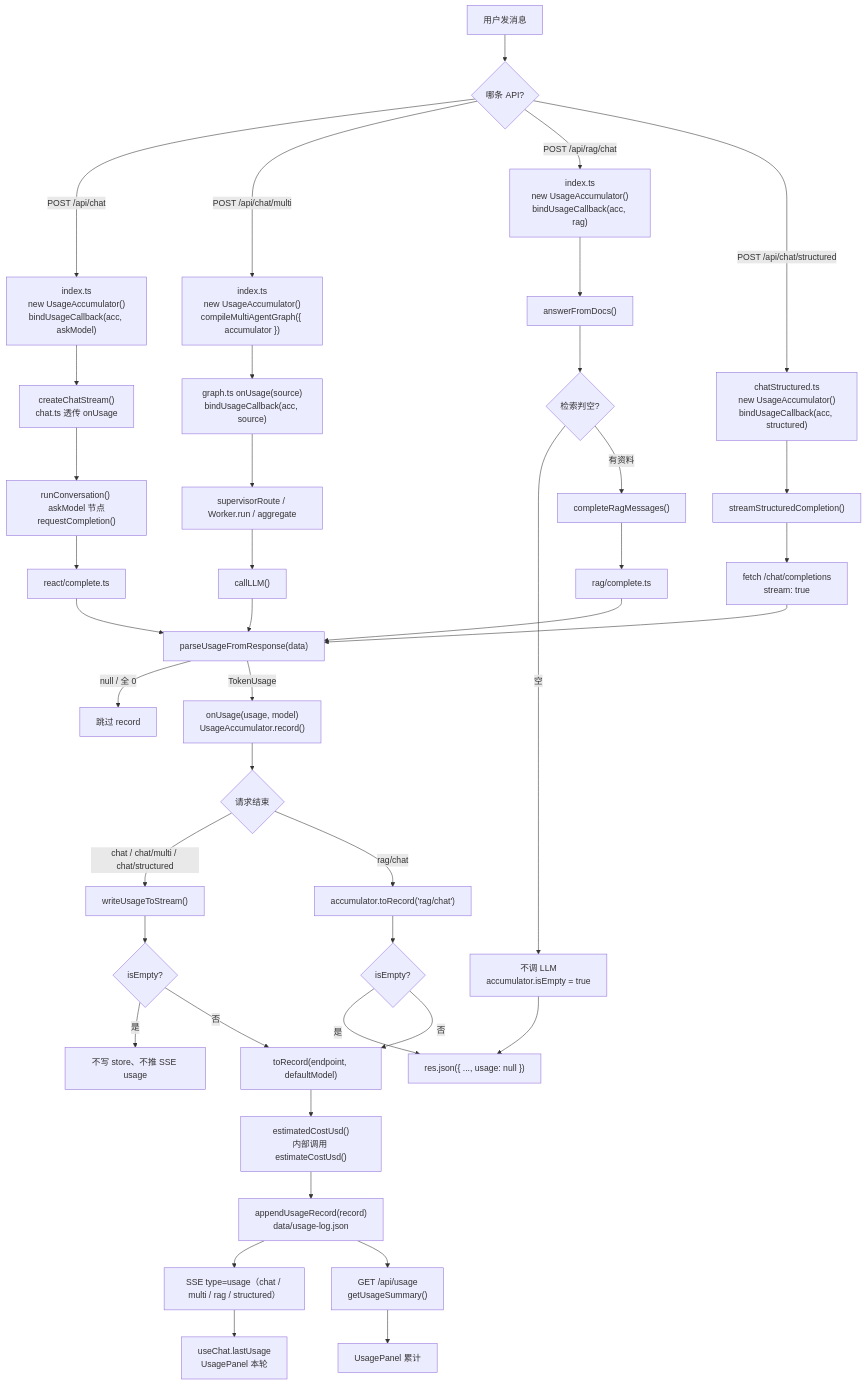
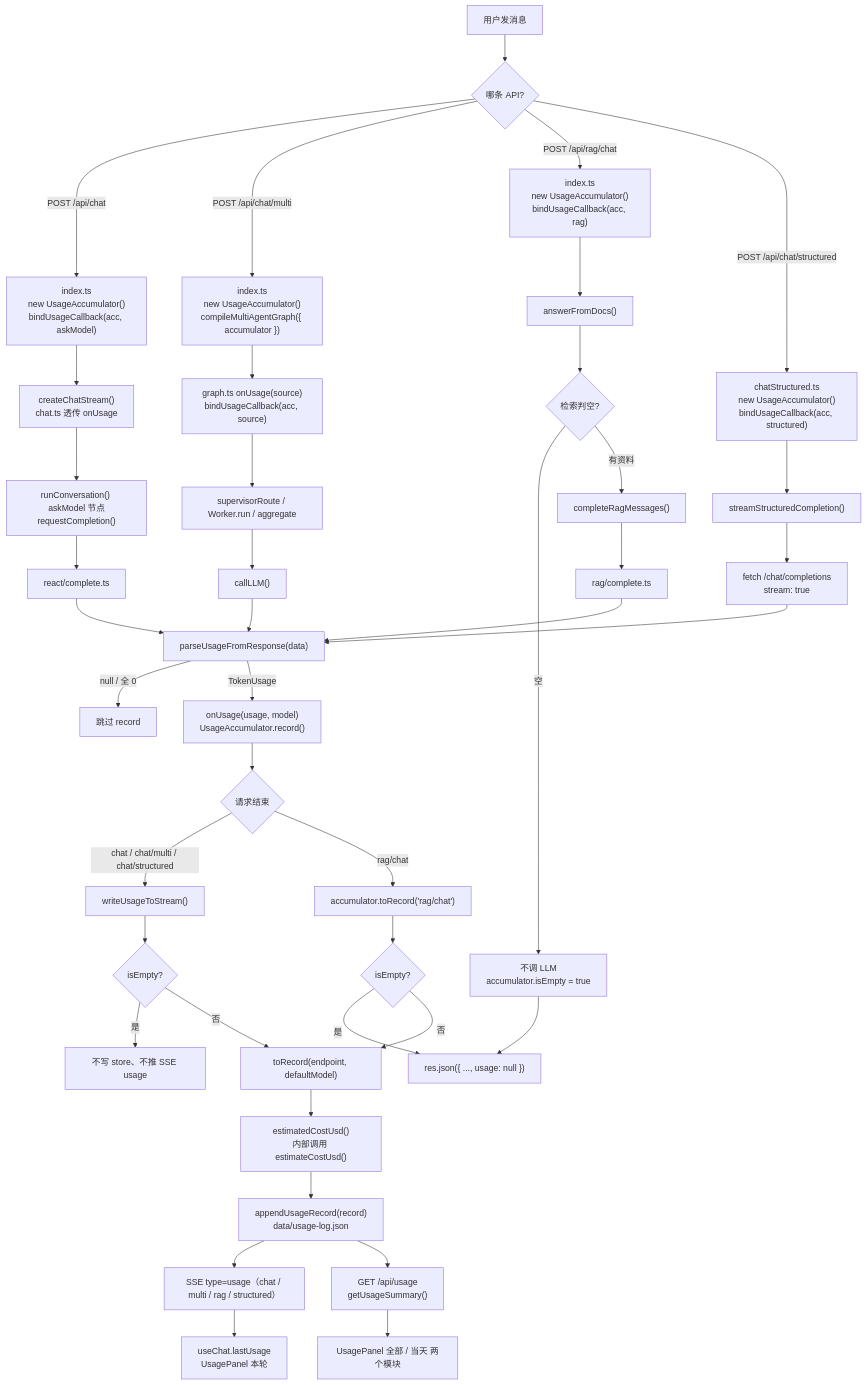
The first of 4 diagrams in step1-chat/server/usage/README.md (alminchen/study-agent), drawn with Mermaid before and after one commit. The commit also changed other lines of this file and 47 other files, not shown here.

````diff
--- a/step1-chat/server/usage/README.md
+++ b/step1-chat/server/usage/README.md
@@ -28,55 +40,55 @@
 ```mermaid
 flowchart TD
   U[用户发消息] --> E{哪条 API?}
 
   E -->|POST /api/chat| C["index.ts<br/>new UsageAccumulator()<br/>bindUsageCallback(acc, askModel)"]
   E -->|POST /api/chat/multi| M["index.ts<br/>new UsageAccumulator()<br/>compileMultiAgentGraph({ accumulator })"]
   E -->|POST /api/rag/chat| R["index.ts<br/>new UsageAccumulator()<br/>bindUsageCallback(acc, rag)"]
   E -->|POST /api/chat/structured| S["chatStructured.ts<br/>new UsageAccumulator()<br/>bindUsageCallback(acc, structured)"]
 
   C --> C1["createChatStream()<br/>chat.ts 透传 onUsage"]
   C1 --> C2["runConversation() askModel 节点<br/>requestCompletion()"]
   C2 --> LLM["react/complete.ts"]
 
   M --> M1["graph.ts onUsage(source)<br/>bindUsageCallback(acc, source)"]
   M1 --> M2["supervisorRoute / Worker.run / aggregate"]
   M2 --> LLM2["callLLM()"]
 
   R --> R1["answerFromDocs()"]
   R1 --> R2{检索判空?}
   R2 -->|空| SKIP["不调 LLM<br/>accumulator.isEmpty = true"]
   R2 -->|有资料| R3["completeRagMessages()"]
   R3 --> LLM3["rag/complete.ts"]
 
   S --> S1["streamStructuredCompletion()"]
   S1 --> LLM4["fetch /chat/completions<br/>stream: true"]
 
   LLM --> P["parseUsageFromResponse(data)"]
   LLM2 --> P
   LLM3 --> P
   LLM4 --> P
 
   P -->|null / 全 0| DROP[跳过 record]
   P -->|TokenUsage| CB["onUsage(usage, model)<br/>UsageAccumulator.record()"]
 
   CB --> ENDQ{请求结束}
 
   ENDQ -->|chat / chat/multi / chat/structured| W["writeUsageToStream()"]
   ENDQ -->|rag/chat| T["accumulator.toRecord('rag/chat')"]
   SKIP --> JSON["res.json({ ..., usage: null })"]
 
   W --> CHK{isEmpty?}
   CHK -->|是| NODATA[不写 store、不推 SSE usage]
   CHK -->|否| REC["toRecord(endpoint, defaultModel)"]
 
   T --> ISE{isEmpty?}
   ISE -->|是| JSON
   ISE -->|否| REC
 
   REC --> COST["estimatedCostUsd()<br/>内部调用 estimateCostUsd()"]
   COST --> STORE["appendUsageRecord(record)<br/>data/usage-log.json"]
   STORE --> SSE["SSE type=usage（chat / multi / rag / structured）"]
   SSE --> FE["useChat.lastUsage<br/>UsagePanel 本轮"]
   STORE --> GET["GET /api/usage<br/>getUsageSummary()"]
-  GET --> FE2["UsagePanel 累计"]
+  GET --> FE2["UsagePanel 全部 / 当天 两个模块"]
 ```
````
